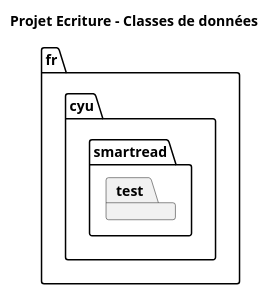
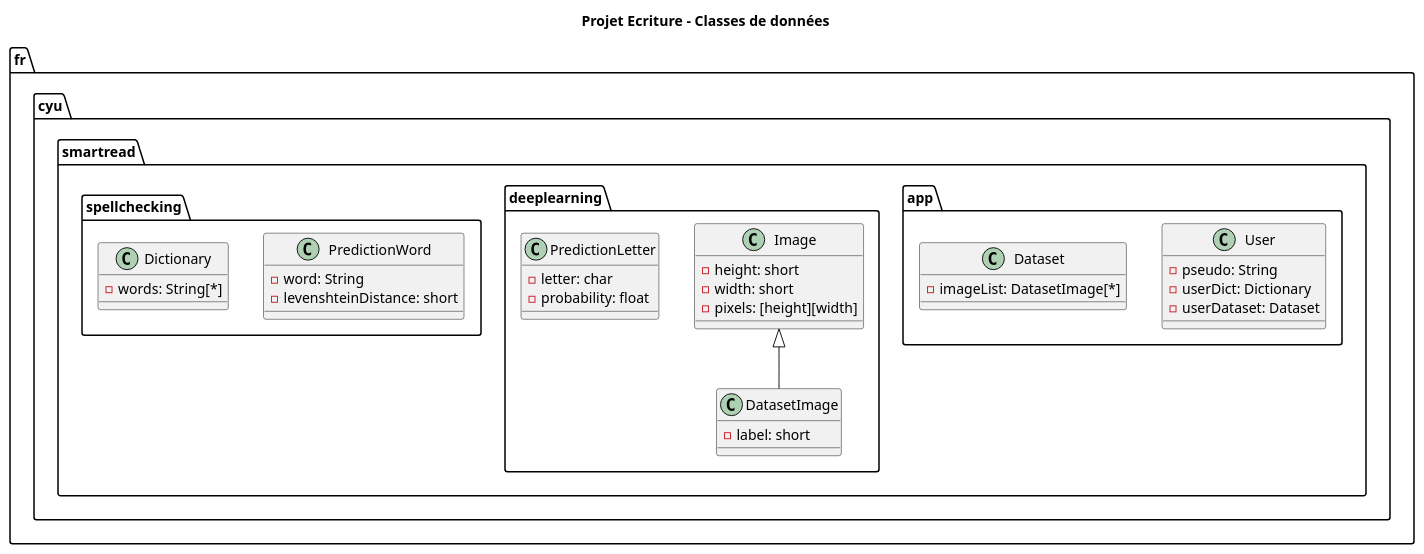
The diagram in docs/diagrams/src/GLP_Ecriture_2023_classes-de-donnees.puml (GzIrYsz/smart-read), drawn with PlantUML before and after one commit.

Commit message:
Modified UML class diagram

```diff
--- a/docs/diagrams/src/GLP_Ecriture_2023_classes-de-donnees.puml
+++ b/docs/diagrams/src/GLP_Ecriture_2023_classes-de-donnees.puml
@@ -1,14 +1,48 @@
 @startuml "GLP_Ecriture_2023_classes-de-donnees"
 
 skinparam linetype ortho
 'skinparam ClassAttributeIconSize 0
 
 set namespaceSeparator .
 
 title Projet Ecriture - Classes de données
 
 package fr.cyu.smartread {
-    package test
+    package app {
+        class User {
+            -pseudo: String
+            -userDict: Dictionary
+            -userDataset: Dataset
+        }
+        class Dataset {
+            -imageList: DatasetImage[*]
+        }
+    }
+    package deeplearning {
+        class Image {
+            -height: short
+            -width: short
+            -pixels: [height][width]
+        }
+        class DatasetImage {
+            -label: short
+        }
+        Image <|-- DatasetImage
+
+        class PredictionLetter {
+            -letter: char
+            -probability: float
+        }
+    }
+    package spellchecking {
+        class PredictionWord {
+            -word: String
+            -levenshteinDistance: short
+        }
+        class Dictionary {
+            -words: String[*]
+        }
+    }
 }
 
 @enduml
```
